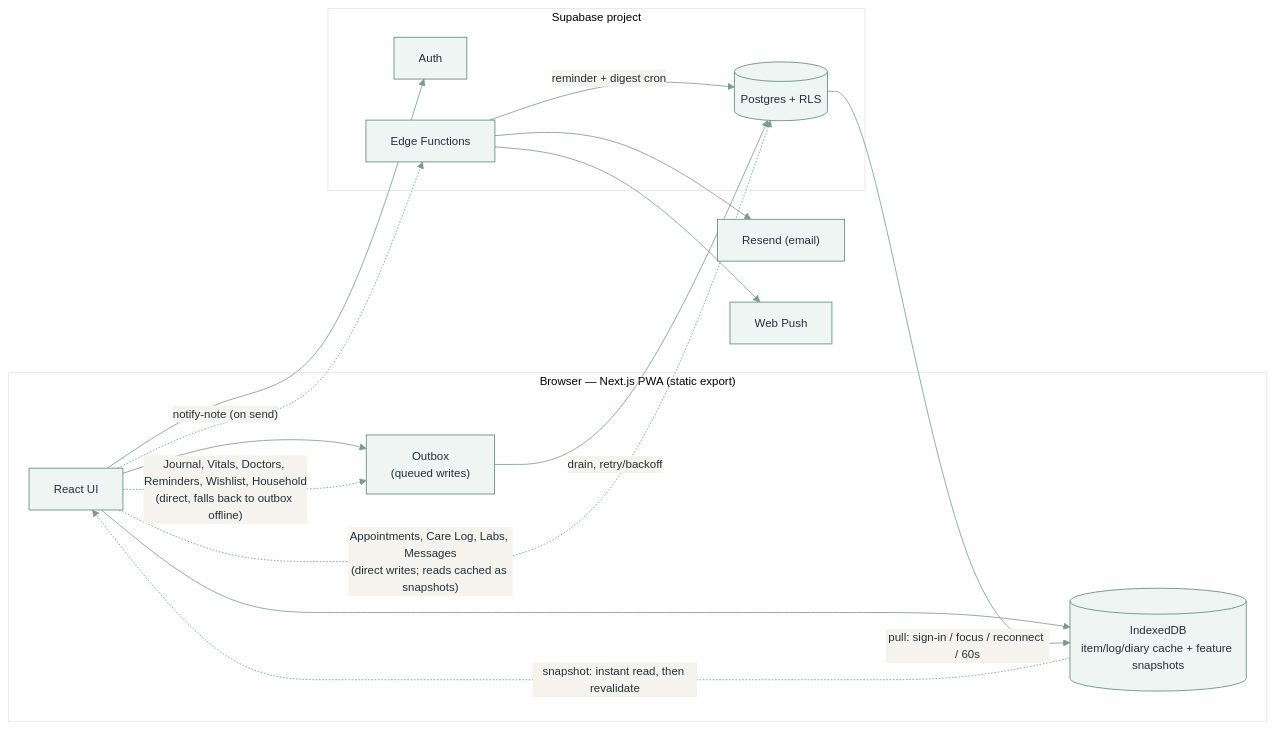
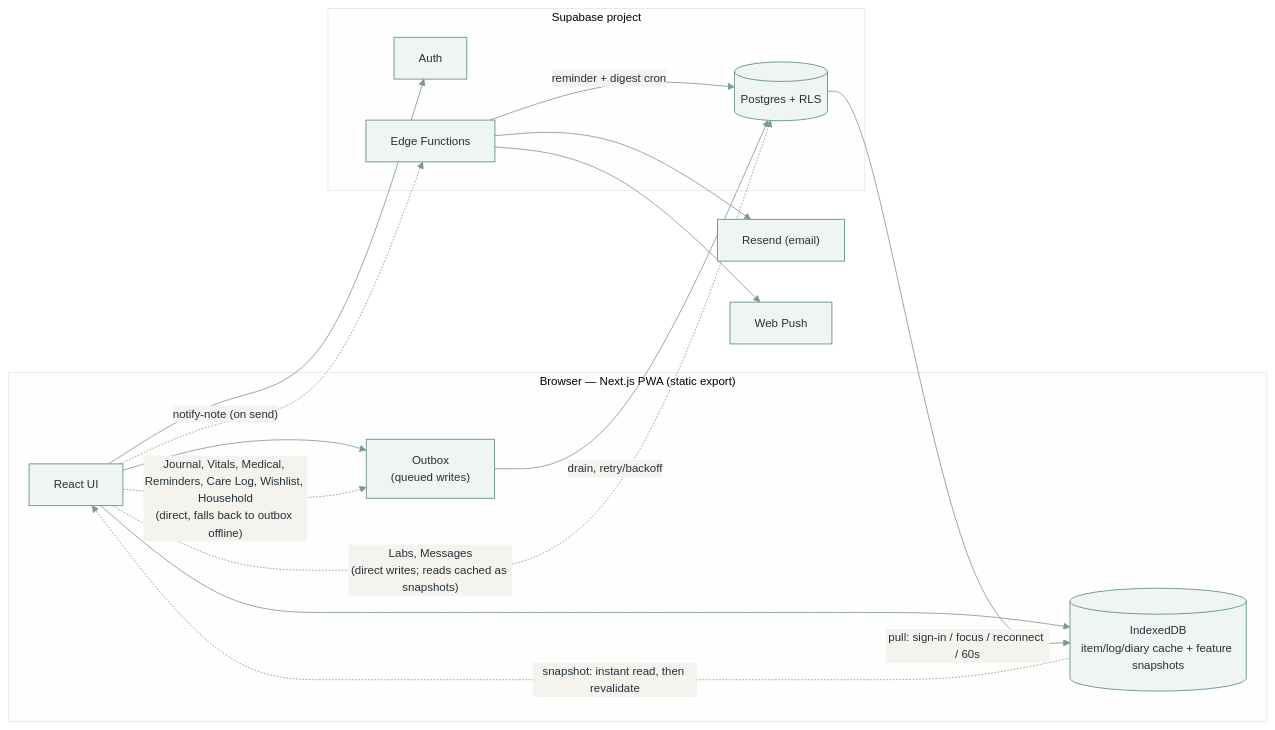
Before and after one commit to xxvazquez/health-management: the diagram in README.md, drawn with Mermaid. The commit also changed other lines of this file and 3 other files, not shown here.

First line of the commit message:
Offline writes for recurring-task completion history

````diff
--- a/README.md
+++ b/README.md
@@ -110,30 +110,30 @@
 ```mermaid
 %%{init: {"theme": "base", "themeVariables": {
   "primaryColor": "#eef5f3", "primaryBorderColor": "#5c8a7a",
   "primaryTextColor": "#24313a", "lineColor": "#7d9a90",
   "fontFamily": "Inter, -apple-system, sans-serif", "fontSize": "14px"
 }}}%%
 flowchart LR
     subgraph browser["Browser — Next.js PWA (static export)"]
         ui["React UI"]
         idb[("IndexedDB<br/>item/log/diary cache + feature snapshots")]
         outbox["Outbox<br/>(queued writes)"]
         ui --> idb
         ui --> outbox
     end
     subgraph supa["Supabase project"]
         pg[("Postgres + RLS")]
         auth["Auth"]
         ef["Edge Functions"]
     end
     outbox -->|"drain, retry/backoff"| pg
     pg -->|"pull: sign-in / focus / reconnect / 60s"| idb
     ui --> auth
-    ui -.->|"Appointments, Care Log, Labs, Messages<br/>(direct writes; reads cached as snapshots)"| pg
-    ui -.->|"Journal, Vitals, Doctors, Reminders, Wishlist, Household<br/>(direct, falls back to outbox offline)"| outbox
+    ui -.->|"Labs, Messages<br/>(direct writes; reads cached as snapshots)"| pg
+    ui -.->|"Journal, Vitals, Medical, Reminders, Care Log, Wishlist, Household<br/>(direct, falls back to outbox offline)"| outbox
     idb -.->|"snapshot: instant read, then revalidate"| ui
     ui -.->|"notify-note (on send)"| ef
     ef -->|"reminder + digest cron"| pg
     ef --> resend["Resend (email)"]
     ef --> push["Web Push"]
 ```
````
